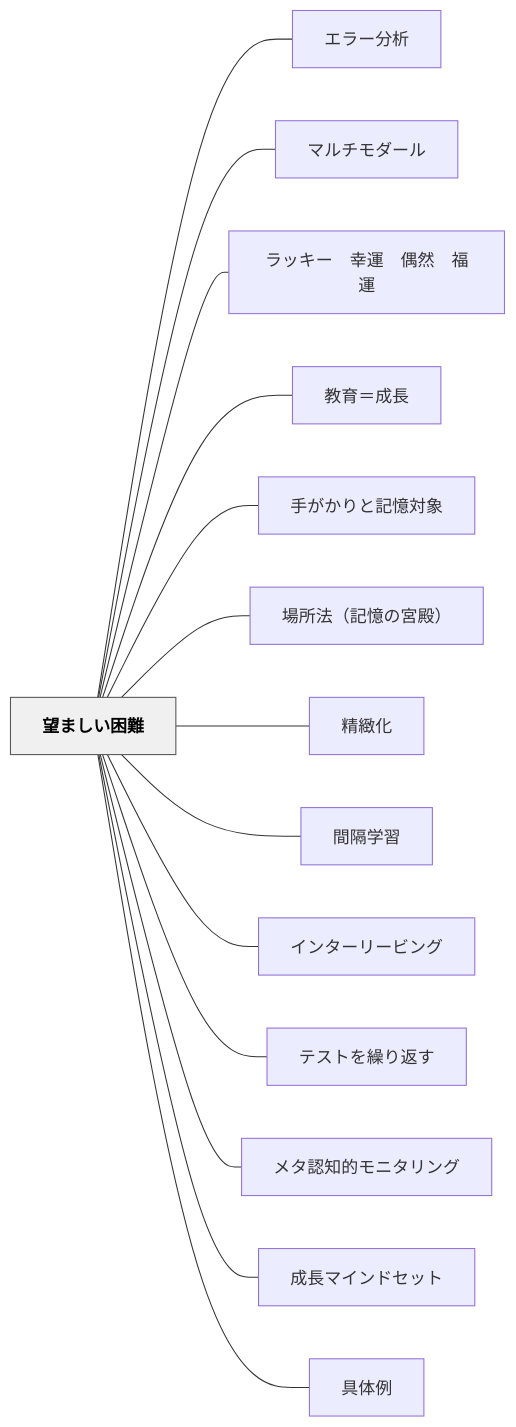
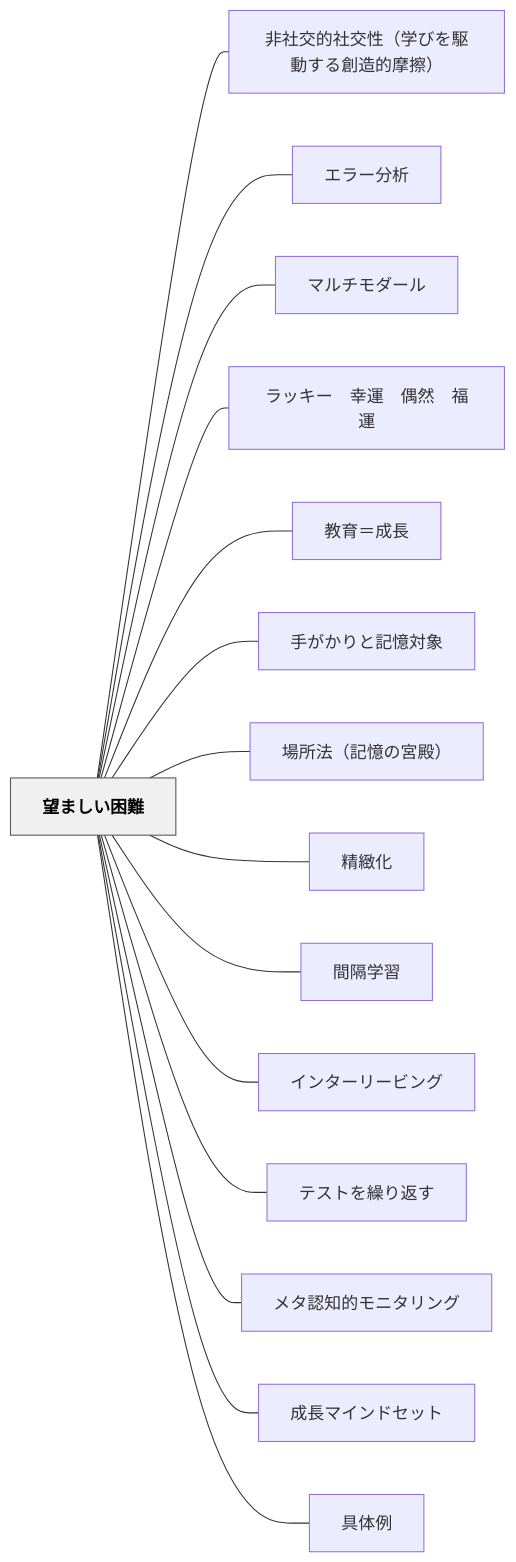
Before and after one commit to unknownthings-ed-patterns/unknownthings-ed-patterns: the diagram in content/パタン/望ましい困難.md, drawn with Mermaid. The commit also changed other lines of this file and 14 other files, not shown here.

````diff
--- a/content/パタン/望ましい困難.md
+++ b/content/パタン/望ましい困難.md
@@ -134,34 +135,36 @@
 ```mermaid
 flowchart LR
     ne69c9be381bee38197e38184e59bb0e99ba3["望ましい困難"]
+    ne99d9ee7a4bee4baa4e79a84e7a4bee4baa4e680a7efbc88e5ada6e381b3e38292e9a786e58b95e38199e3828be589b5e980a0e79a84e691a9e693a6efbc89["非社交的社交性（学びを駆動する創造的摩擦）"]
     ne382a8e383a9e383bce58886e69e90["エラー分析"]
     ne3839ee383abe38381e383a2e38380e383bce383ab["マルチモダール"]
     ne383a9e38383e382ade383bce38080e5b9b8e9818be38080e581b6e784b6e38080e7a68fe9818b["ラッキー　幸運　偶然　福運"]
     ne69599e882b2efbc9de68890e995b7["教育＝成長"]
     ne6898be3818ce3818be3828ae381a8e8a898e686b6e5afbee8b1a1["手がかりと記憶対象"]
     ne5a0b4e68980e6b395efbc88e8a898e686b6e381aee5aeaee6aebfefbc89["場所法（記憶の宮殿）"]
     ne7b2bee7b7bbe58c96["精緻化"]
     ne99693e99a94e5ada6e7bf92["間隔学習"]
     ne382a4e383b3e382bfe383bce383aae383bce38393e383b3e382b0["インターリービング"]
     ne38386e382b9e38388e38292e7b9b0e3828ae8bf94e38199["テストを繰り返す"]
     ne383a1e382bfe8aa8de79fa5e79a84e383a2e3838be382bfe383aae383b3e382b0["メタ認知的モニタリング"]
     ne68890e995b7e3839ee382a4e383b3e38389e382bbe38383e38388["成長マインドセット"]
     ne585b7e4bd93e4be8b["具体例"]
 
+    ne69c9be381bee38197e38184e59bb0e99ba3 --- ne99d9ee7a4bee4baa4e79a84e7a4bee4baa4e680a7efbc88e5ada6e381b3e38292e9a786e58b95e38199e3828be589b5e980a0e79a84e691a9e693a6efbc89
     ne69c9be381bee38197e38184e59bb0e99ba3 --- ne382a8e383a9e383bce58886e69e90
     ne69c9be381bee38197e38184e59bb0e99ba3 --- ne3839ee383abe38381e383a2e38380e383bce383ab
     ne69c9be381bee38197e38184e59bb0e99ba3 --- ne383a9e38383e382ade383bce38080e5b9b8e9818be38080e581b6e784b6e38080e7a68fe9818b
     ne69c9be381bee38197e38184e59bb0e99ba3 --- ne69599e882b2efbc9de68890e995b7
     ne69c9be381bee38197e38184e59bb0e99ba3 --- ne6898be3818ce3818be3828ae381a8e8a898e686b6e5afbee8b1a1
     ne69c9be381bee38197e38184e59bb0e99ba3 --- ne5a0b4e68980e6b395efbc88e8a898e686b6e381aee5aeaee6aebfefbc89
     ne69c9be381bee38197e38184e59bb0e99ba3 --- ne7b2bee7b7bbe58c96
     ne69c9be381bee38197e38184e59bb0e99ba3 --- ne99693e99a94e5ada6e7bf92
     ne69c9be381bee38197e38184e59bb0e99ba3 --- ne382a4e383b3e382bfe383bce383aae383bce38393e383b3e382b0
     ne69c9be381bee38197e38184e59bb0e99ba3 --- ne38386e382b9e38388e38292e7b9b0e3828ae8bf94e38199
     ne69c9be381bee38197e38184e59bb0e99ba3 --- ne383a1e382bfe8aa8de79fa5e79a84e383a2e3838be382bfe383aae383b3e382b0
     ne69c9be381bee38197e38184e59bb0e99ba3 --- ne68890e995b7e3839ee382a4e383b3e38389e382bbe38383e38388
     ne69c9be381bee38197e38184e59bb0e99ba3 --- ne585b7e4bd93e4be8b
 
     classDef hub fill:#f0f0f0,stroke:#555,color:#000,font-weight:bold
     class ne69c9be381bee38197e38184e59bb0e99ba3 hub
 ```
````
